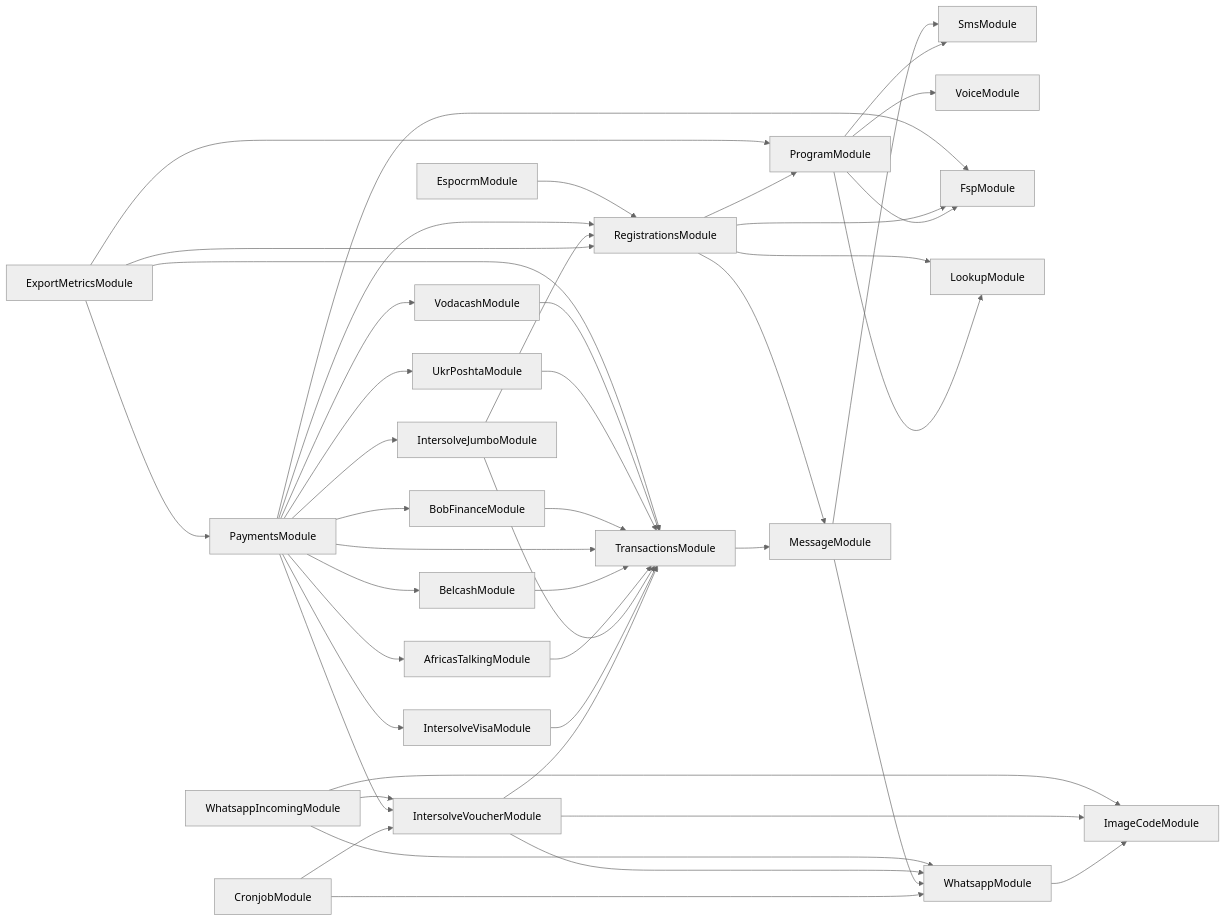
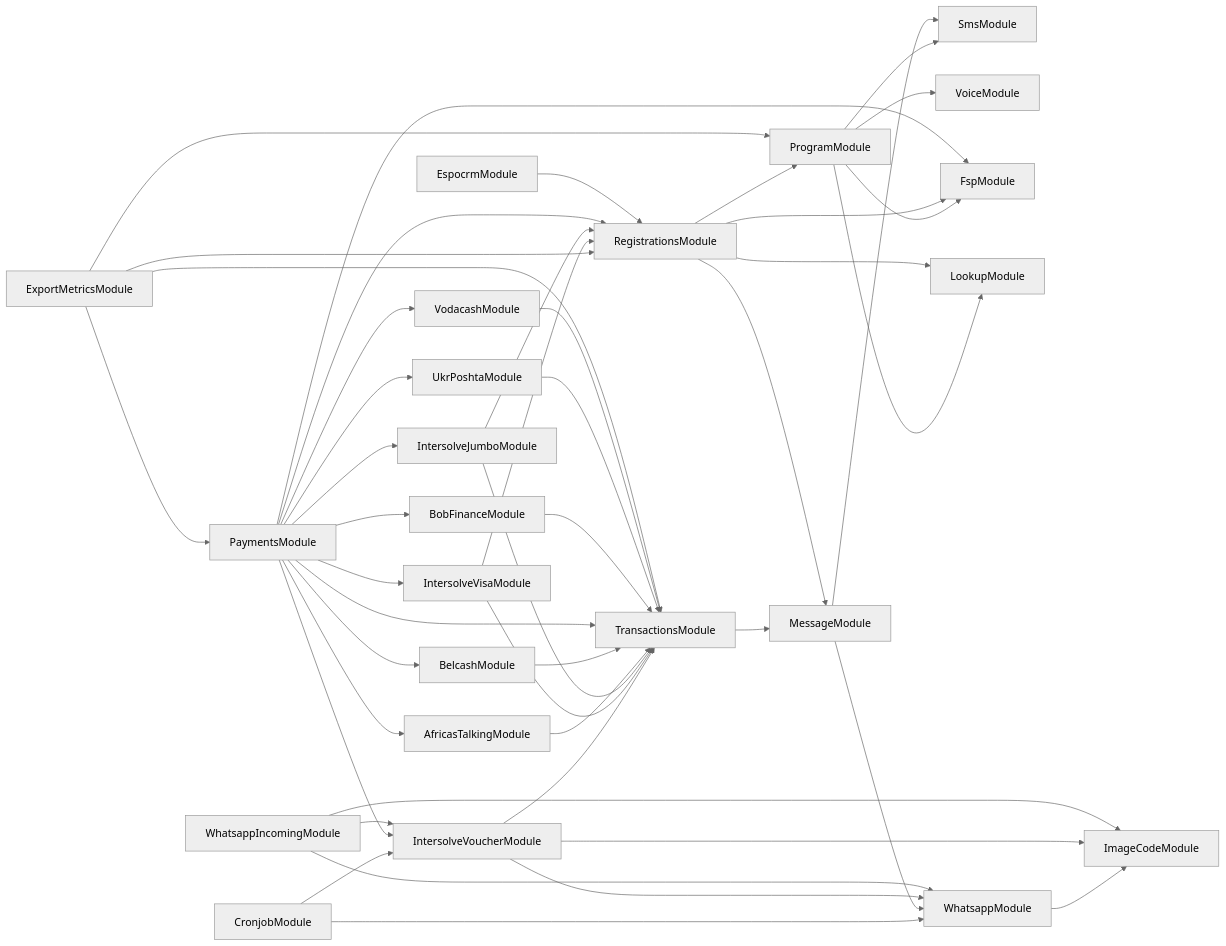
The diagram in services/121-service/module-dependencies.md (global-121/121-platform), drawn with Mermaid (neutral theme) before and after one commit. The commit also changed 4 other files, not shown here.

````diff
--- a/services/121-service/module-dependencies.md
+++ b/services/121-service/module-dependencies.md
@@ -3,47 +3,48 @@
 ```mermaid
 graph LR
   ProgramModule-->SmsModule
   ProgramModule-->VoiceModule
   ProgramModule-->FspModule
   ProgramModule-->LookupModule
   CronjobModule-->WhatsappModule
   WhatsappModule-->ImageCodeModule
   CronjobModule-->IntersolveVoucherModule
   IntersolveVoucherModule-->ImageCodeModule
   IntersolveVoucherModule-->TransactionsModule
   TransactionsModule-->MessageModule
   MessageModule-->WhatsappModule
   MessageModule-->SmsModule
   IntersolveVoucherModule-->WhatsappModule
   RegistrationsModule-->LookupModule
   RegistrationsModule-->ProgramModule
   RegistrationsModule-->FspModule
   RegistrationsModule-->MessageModule
   ExportMetricsModule-->ProgramModule
   ExportMetricsModule-->RegistrationsModule
   ExportMetricsModule-->PaymentsModule
   PaymentsModule-->FspModule
   PaymentsModule-->IntersolveVoucherModule
   PaymentsModule-->IntersolveVisaModule
   IntersolveVisaModule-->TransactionsModule
+  IntersolveVisaModule-->RegistrationsModule
   PaymentsModule-->IntersolveJumboModule
   IntersolveJumboModule-->TransactionsModule
   IntersolveJumboModule-->RegistrationsModule
   PaymentsModule-->AfricasTalkingModule
   AfricasTalkingModule-->TransactionsModule
   PaymentsModule-->BelcashModule
   BelcashModule-->TransactionsModule
   PaymentsModule-->TransactionsModule
   PaymentsModule-->BobFinanceModule
   BobFinanceModule-->TransactionsModule
   PaymentsModule-->UkrPoshtaModule
   UkrPoshtaModule-->TransactionsModule
   PaymentsModule-->VodacashModule
   VodacashModule-->TransactionsModule
   PaymentsModule-->RegistrationsModule
   ExportMetricsModule-->TransactionsModule
   WhatsappIncomingModule-->ImageCodeModule
   WhatsappIncomingModule-->IntersolveVoucherModule
   WhatsappIncomingModule-->WhatsappModule
   EspocrmModule-->RegistrationsModule
 ```
````
